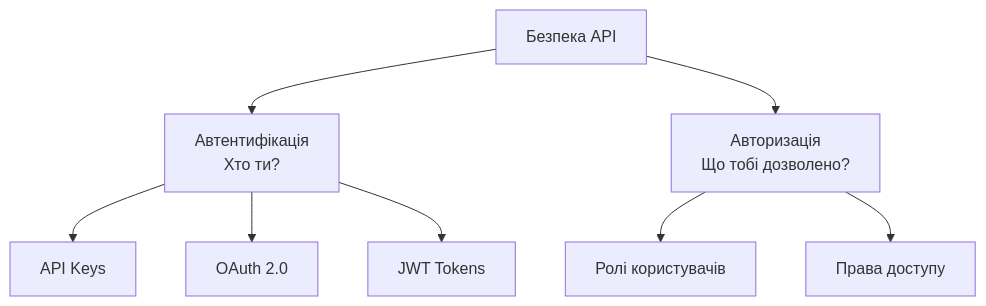
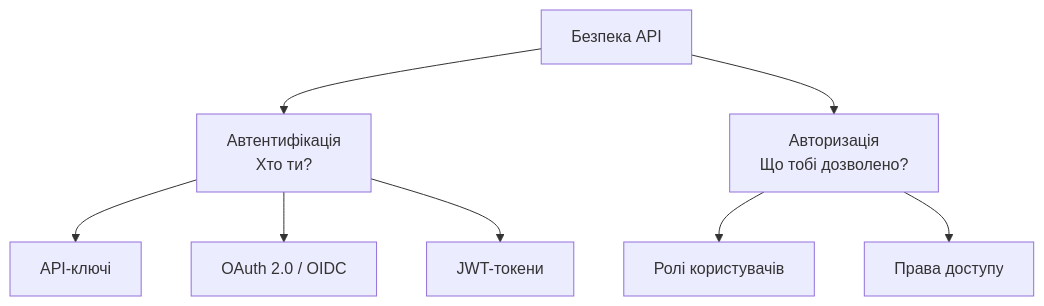
The fifth of 9 diagrams in presentations/presentation-11.md (olroi421/course-opi-v2), drawn with Mermaid before and after one commit. The commit also changed other lines of this file and 10 other files, not shown here.

````diff
--- a/presentations/presentation-11.md
+++ b/presentations/presentation-11.md
@@ -385,12 +531,12 @@
 ```mermaid
 graph TB
-    A[Безпека API] --> B[Автентифікація<br/>Хто ти?]
-    A --> C[Авторизація<br/>Що тобі дозволено?]
+    A["Безпека API"] --> B["Автентифікація<br/>Хто ти?"]
+    A --> C["Авторизація<br/>Що тобі дозволено?"]
 
-    B --> D[API Keys]
-    B --> E[OAuth 2.0]
-    B --> F[JWT Tokens]
+    B --> D["API-ключі"]
+    B --> E["OAuth 2.0 / OIDC"]
+    B --> F["JWT-токени"]
 
-    C --> G[Ролі користувачів]
-    C --> H[Права доступу]
+    C --> G["Ролі користувачів"]
+    C --> H["Права доступу"]
 ```
````
